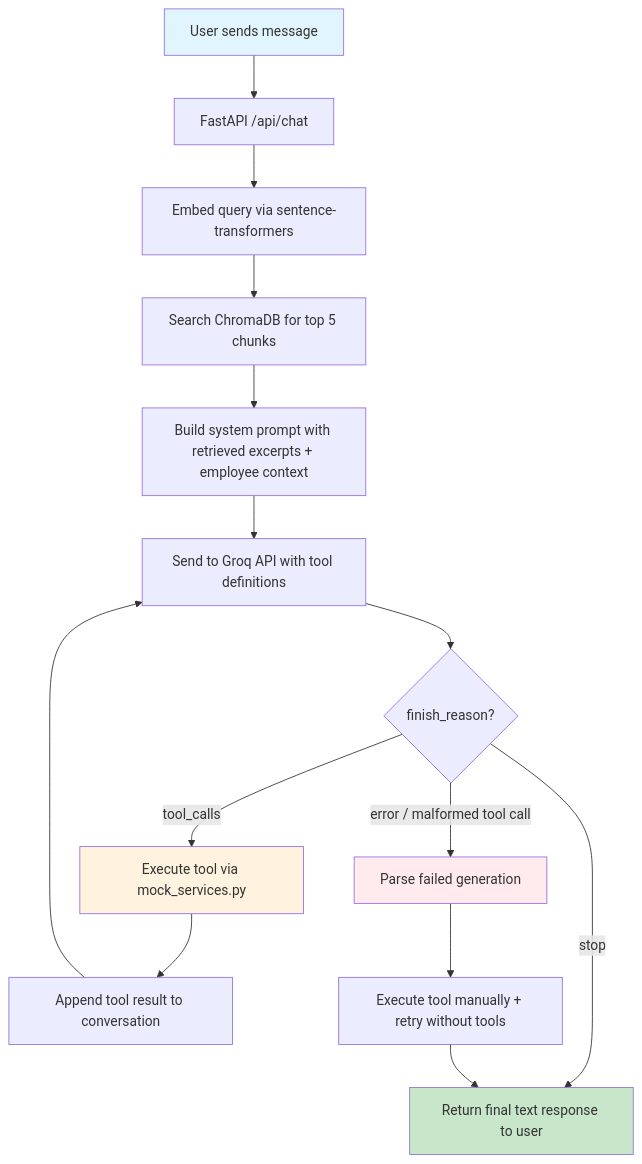
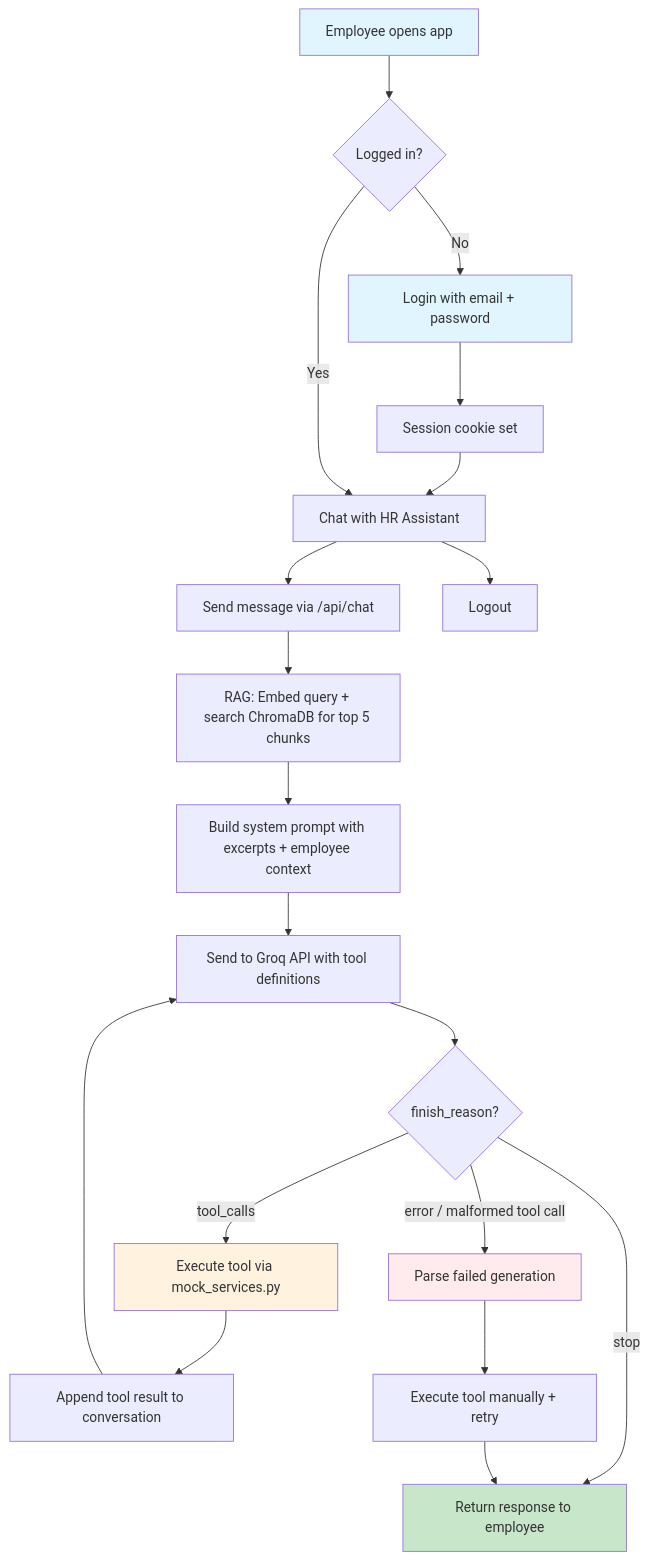
Before and after one commit to AkashBaidya/Chatbot: the first of 4 diagrams in README.md, drawn with Mermaid. The commit also changed other lines of this file, not shown here.

Commit message:
updated readme with recent flow in detail

````diff
--- a/README.md
+++ b/README.md
@@ -116,24 +116,32 @@
 ```mermaid
 flowchart TD
-    A[User sends message] --> B[FastAPI /api/chat]
-    B --> C[Embed query via sentence-transformers]
-    C --> D[Search ChromaDB for top 5 chunks]
-    D --> E[Build system prompt with retrieved excerpts + employee context]
-    E --> F[Send to Groq API with tool definitions]
-    F --> G{finish_reason?}
+    A[Employee opens app] --> B{Logged in?}
+    B -- No --> C[Login with email + password]
+    C --> D[Session cookie set]
+    D --> E[Chat with HR Assistant]
+    B -- Yes --> E
 
-    G -- tool_calls --> H[Execute tool via mock_services.py]
-    H --> I[Append tool result to conversation]
-    I --> F
+    E --> F[Send message via /api/chat]
+    F --> G[RAG: Embed query + search ChromaDB for top 5 chunks]
+    G --> H[Build system prompt with excerpts + employee context]
+    H --> I[Send to Groq API with tool definitions]
+    I --> J{finish_reason?}
 
-    G -- stop --> J[Return final text response to user]
+    J -- tool_calls --> K[Execute tool via mock_services.py]
+    K --> L[Append tool result to conversation]
+    L --> I
 
-    G -- error / malformed tool call --> K[Parse failed generation]
-    K --> L[Execute tool manually + retry without tools]
-    L --> J
+    J -- stop --> M[Return response to employee]
+
+    J -- error / malformed tool call --> N[Parse failed generation]
+    N --> O[Execute tool manually + retry]
+    O --> M
+
+    E --> P[Logout]
 
     style A fill:#e1f5fe
-    style J fill:#c8e6c9
-    style H fill:#fff3e0
-    style K fill:#ffebee
+    style C fill:#e1f5fe
+    style M fill:#c8e6c9
+    style K fill:#fff3e0
+    style N fill:#ffebee
 ```
````
